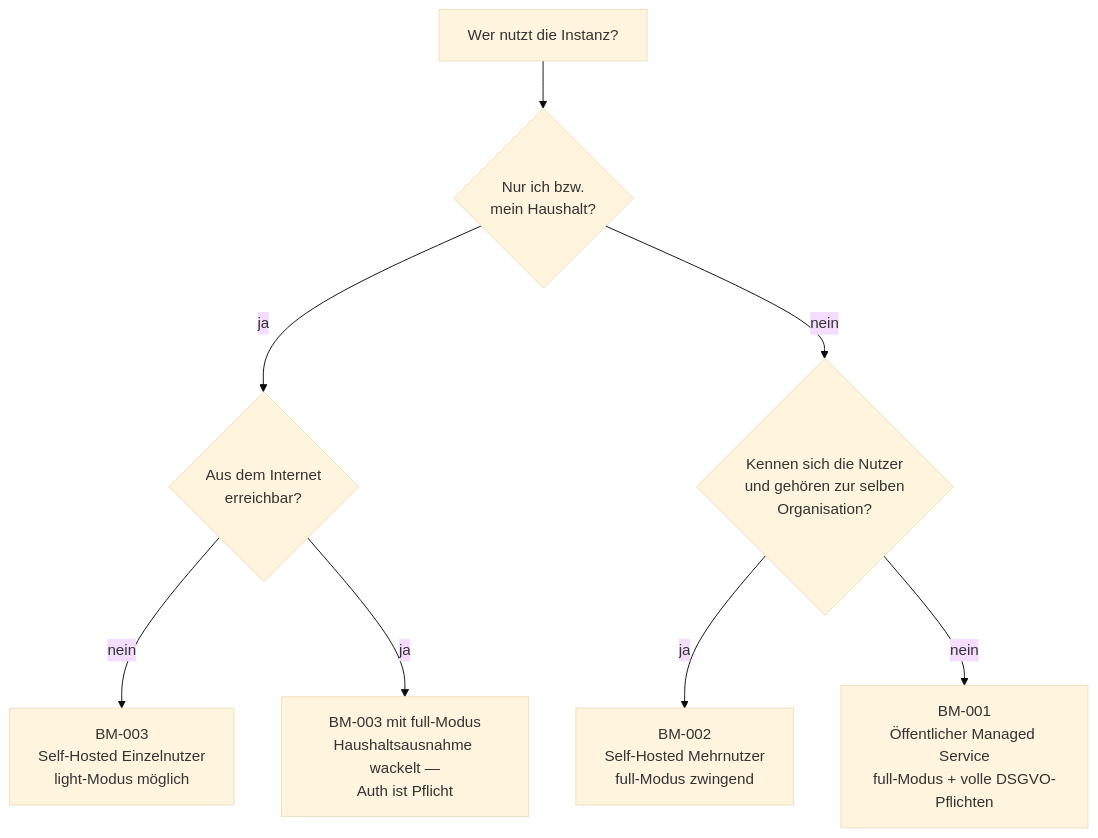
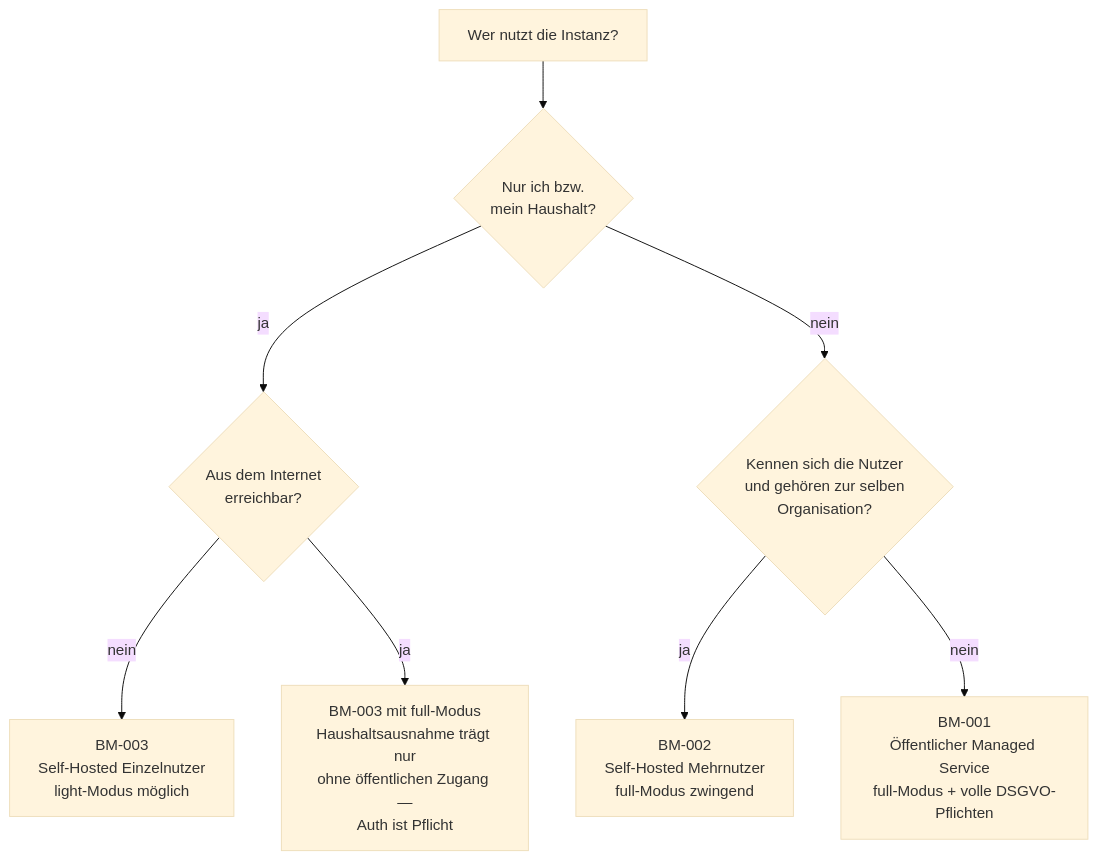
The diagram in spec/betriebsmodelle/README.md (nolte/kamerplanter), drawn with Mermaid (base theme) before and after one commit. The commit also changed other lines of this file, not shown here.

````diff
--- a/spec/betriebsmodelle/README.md
+++ b/spec/betriebsmodelle/README.md
@@ -76,10 +81,10 @@
 ```mermaid
 flowchart TD
     A["Wer nutzt die Instanz?"] --> B{"Nur ich bzw.<br/>mein Haushalt?"}
     B -- ja --> C{"Aus dem Internet<br/>erreichbar?"}
     C -- nein --> D["BM-003<br/>Self-Hosted Einzelnutzer<br/>light-Modus möglich"]
-    C -- ja --> E["BM-003 mit full-Modus<br/>Haushaltsausnahme wackelt —<br/>Auth ist Pflicht"]
+    C -- ja --> E["BM-003 mit full-Modus<br/>Haushaltsausnahme trägt nur<br/>ohne öffentlichen Zugang —<br/>Auth ist Pflicht"]
     B -- nein --> F{"Kennen sich die Nutzer<br/>und gehören zur selben<br/>Organisation?"}
     F -- ja --> G["BM-002<br/>Self-Hosted Mehrnutzer<br/>full-Modus zwingend"]
     F -- nein --> H["BM-001<br/>Öffentlicher Managed Service<br/>full-Modus + volle DSGVO-Pflichten"]
 ```
````
